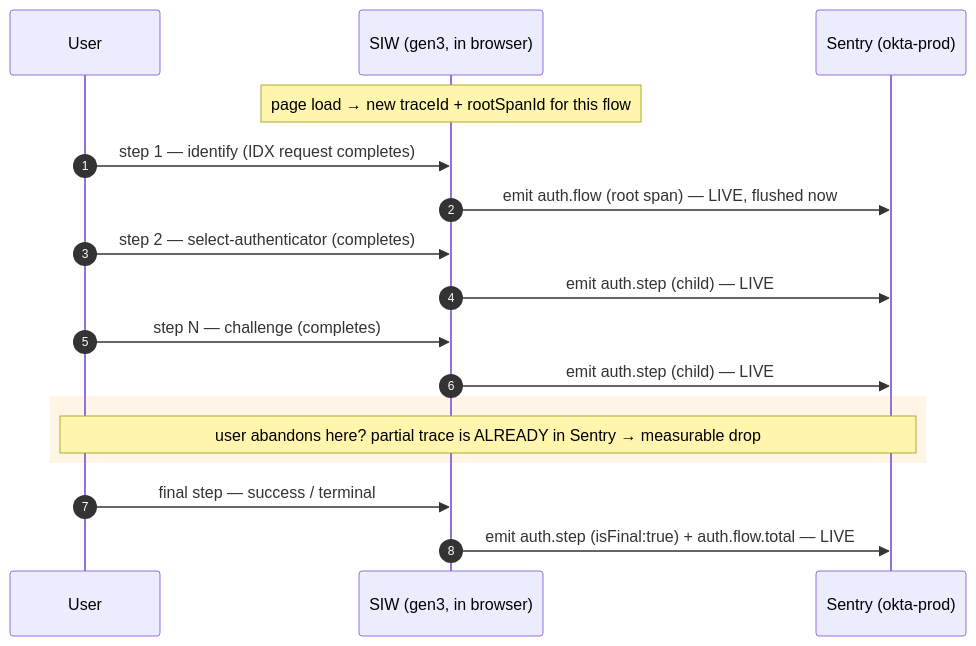
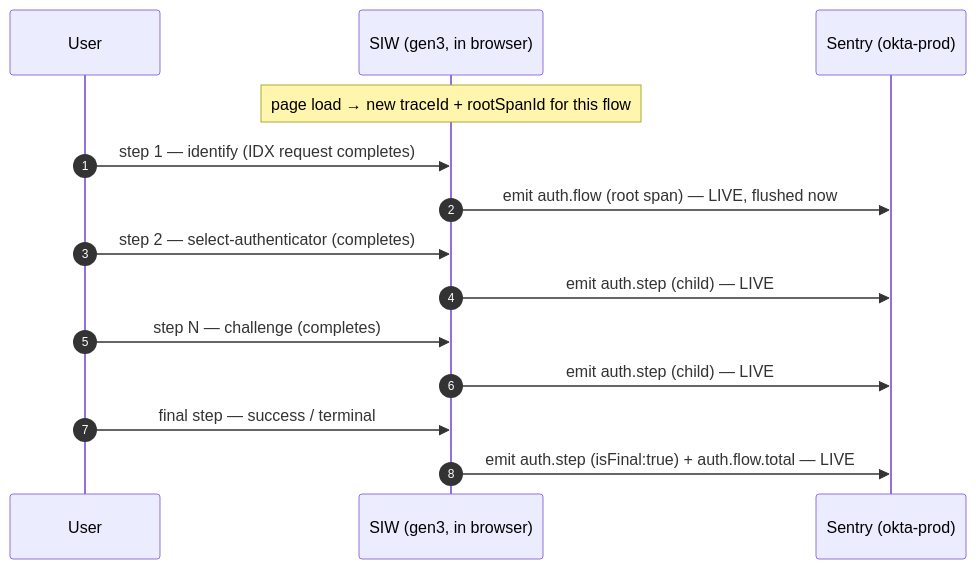
One commit to okta/okta-signin-widget changed the first of 2 diagrams in src/v3/docs/sentry-observability-one-pager.md. Above: the diagram before and after it, drawn with Mermaid. The commit also changed other lines of this file, not shown here.

First line of the commit message:
gen3(sentry-poc): drop funnel/drop-off from the observability one-pager

````diff
--- a/src/v3/docs/sentry-observability-one-pager.md
+++ b/src/v3/docs/sentry-observability-one-pager.md
@@ -51,20 +41,17 @@
 ```mermaid
 sequenceDiagram
   autonumber
   participant U as User
   participant SIW as SIW (gen3, in browser)
   participant S as Sentry (okta-prod)
 
   Note over SIW: page load → new traceId + rootSpanId for this flow
   U->>SIW: step 1 — identify (IDX request completes)
   SIW->>S: emit auth.flow (root span) — LIVE, flushed now
   U->>SIW: step 2 — select-authenticator (completes)
   SIW->>S: emit auth.step (child) — LIVE
   U->>SIW: step N — challenge (completes)
   SIW->>S: emit auth.step (child) — LIVE
-  rect rgb(255,245,230)
-    Note over U,S: user abandons here? partial trace is ALREADY in Sentry → measurable drop
-  end
   U->>SIW: final step — success / terminal
   SIW->>S: emit auth.step (isFinal:true) + auth.flow.total — LIVE
 ```
````
